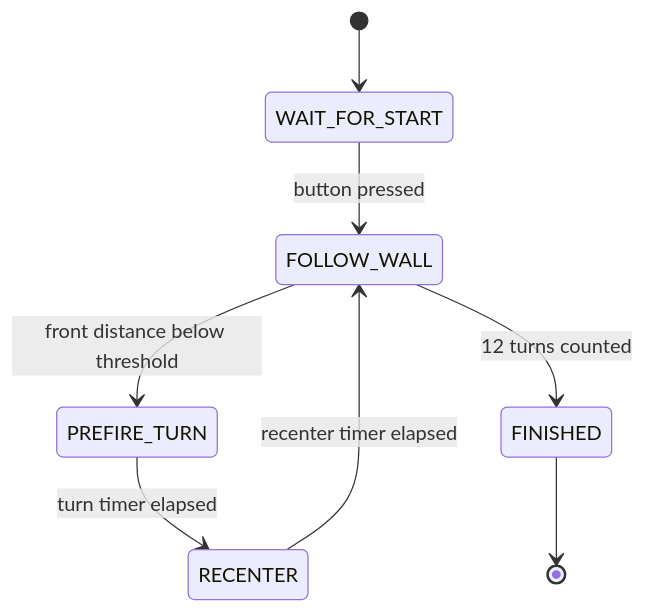
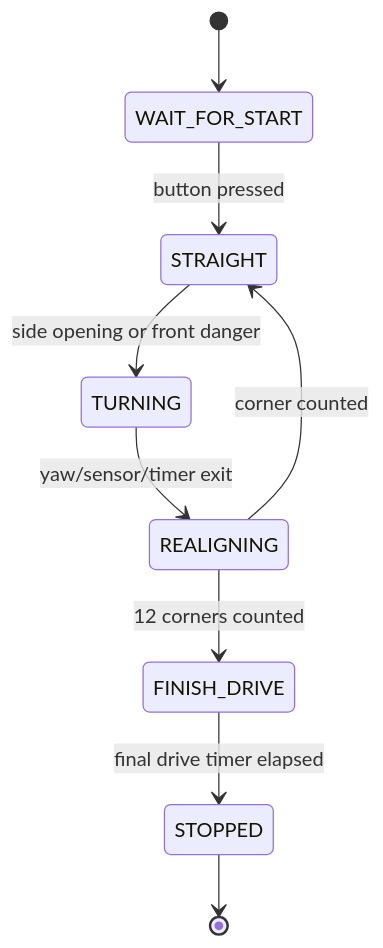
Before and after one commit to Yamilgmr/SKRobotics_WRO2026: the diagram in docs/05_software_architecture.md, drawn with Mermaid. The commit also changed other lines of this file and 25 other files, not shown here.

````diff
--- a/docs/05_software_architecture.md
+++ b/docs/05_software_architecture.md
@@ -11,10 +11,11 @@
 ```mermaid
 stateDiagram-v2
     [*] --> WAIT_FOR_START
-    WAIT_FOR_START --> FOLLOW_WALL: button pressed
-    FOLLOW_WALL --> PREFIRE_TURN: front distance below threshold
-    PREFIRE_TURN --> RECENTER: turn timer elapsed
-    RECENTER --> FOLLOW_WALL: recenter timer elapsed
-    FOLLOW_WALL --> FINISHED: 12 turns counted
-    FINISHED --> [*]
+    WAIT_FOR_START --> STRAIGHT: button pressed
+    STRAIGHT --> TURNING: side opening or front danger
+    TURNING --> REALIGNING: yaw/sensor/timer exit
+    REALIGNING --> STRAIGHT: corner counted
+    REALIGNING --> FINISH_DRIVE: 12 corners counted
+    FINISH_DRIVE --> STOPPED: final drive timer elapsed
+    STOPPED --> [*]
 ```
````
